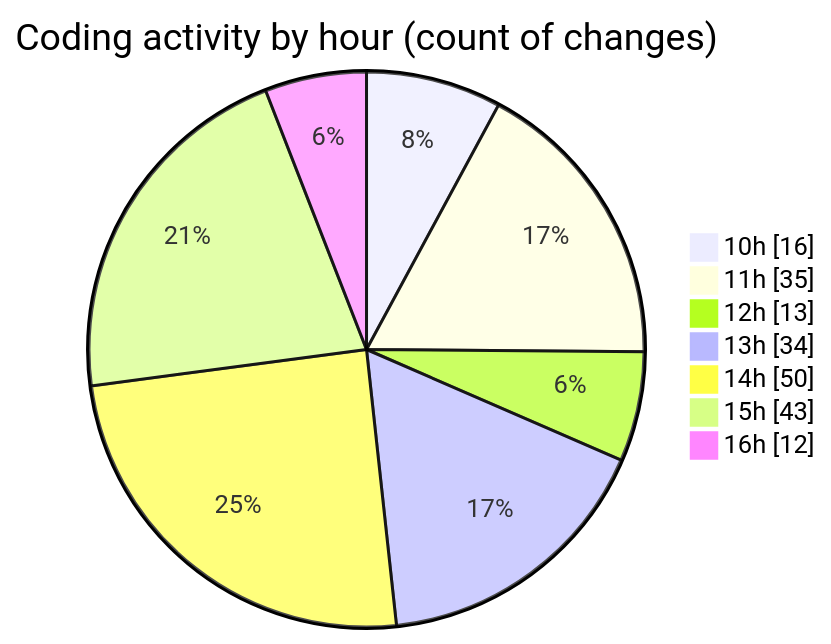
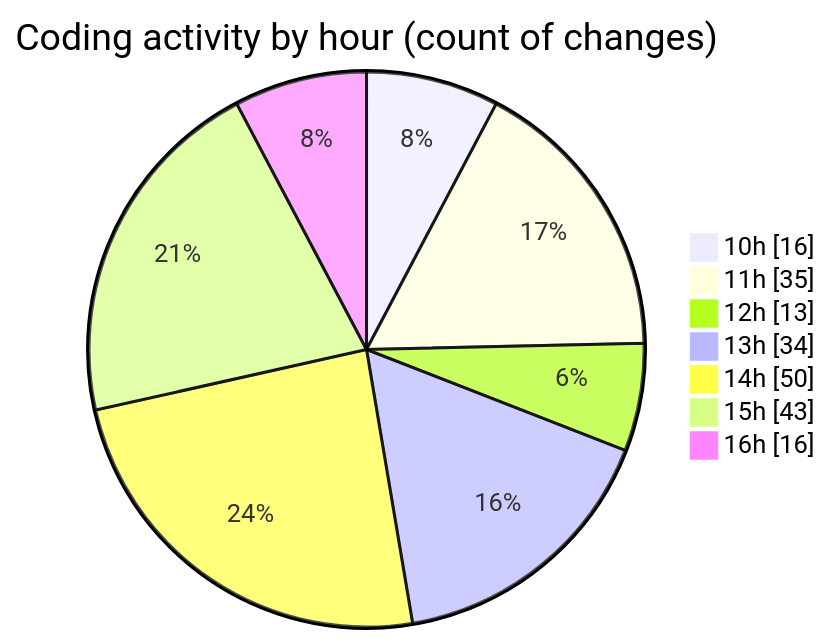
Before and after one commit to charlie-sans/code-tracking: the second of 2 diagrams in 2025-02-20/micros/README.md, drawn with Mermaid. The commit also changed other lines of this file and 1 other file, not shown here.

````diff
--- a/2025-02-20/micros/README.md
+++ b/2025-02-20/micros/README.md
@@ -62,11 +62,11 @@
 ```mermaid
 pie showData
 title Coding activity by hour (count of changes)
 "10h" : 16
 "11h" : 35
 "12h" : 13
 "13h" : 34
 "14h" : 50
 "15h" : 43
-"16h" : 12
+"16h" : 16
 ```
````
